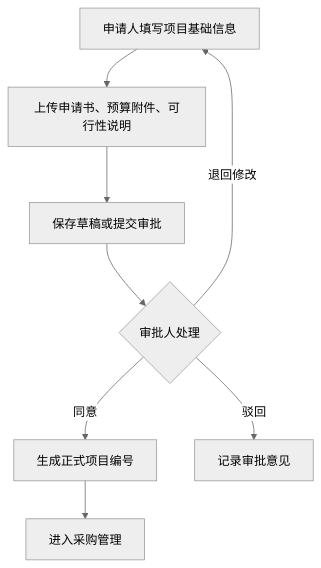
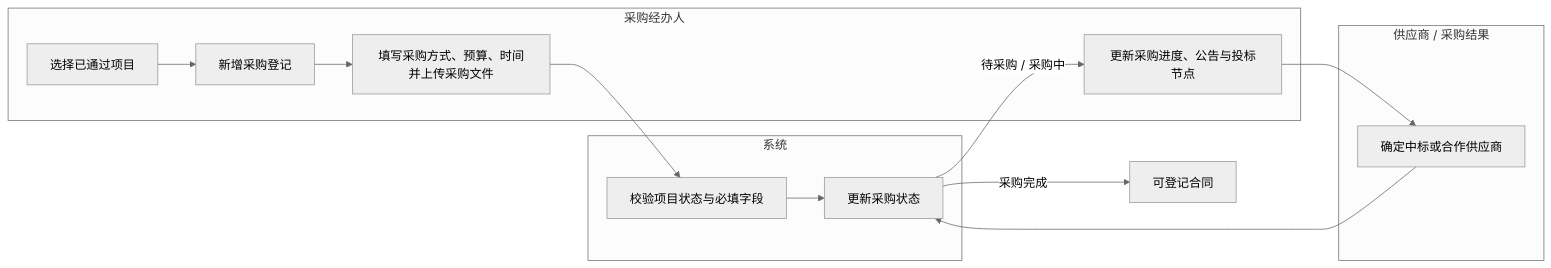
Before and after one commit to Jess-0411/github.io: the third of 10 diagrams in 业务流程与架构图.md, drawn with Mermaid (neutral theme). The commit also changed other lines of this file and 7 other files, not shown here.

````diff
--- a/业务流程与架构图.md
+++ b/业务流程与架构图.md
@@ -24,10 +78,19 @@
 ```mermaid
-flowchart TD
-  A["申请人填写项目基础信息"] --> B["上传申请书、预算附件、可行性说明"]
-  B --> C["保存草稿或提交审批"]
-  C --> D{"审批人处理"}
-  D -->|同意| E["生成正式项目编号"]
-  D -->|退回修改| A
-  D -->|驳回| F["记录审批意见"]
-  E --> G["进入采购管理"]
+flowchart LR
+  subgraph A["采购经办人"]
+    A1["选择已通过项目"] --> A2["新增采购登记"]
+    A2 --> A3["填写采购方式、预算、时间并上传采购文件"]
+    A4["更新采购进度、公告与投标节点"]
+  end
+  subgraph B["系统"]
+    B1["校验项目状态与必填字段"]
+    B2["更新采购状态"]
+  end
+  subgraph C["供应商 / 采购结果"]
+    C1["确定中标或合作供应商"]
+  end
+  A3 --> B1 --> B2
+  B2 -->|待采购 / 采购中| A4
+  A4 --> C1 --> B2
+  B2 -->|采购完成| D["可登记合同"]
 ```
````
